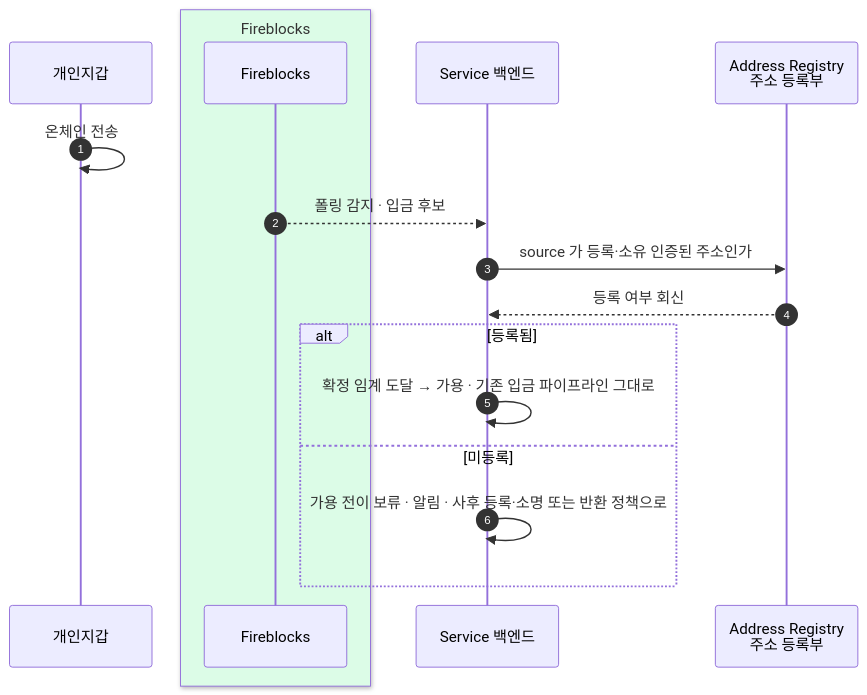
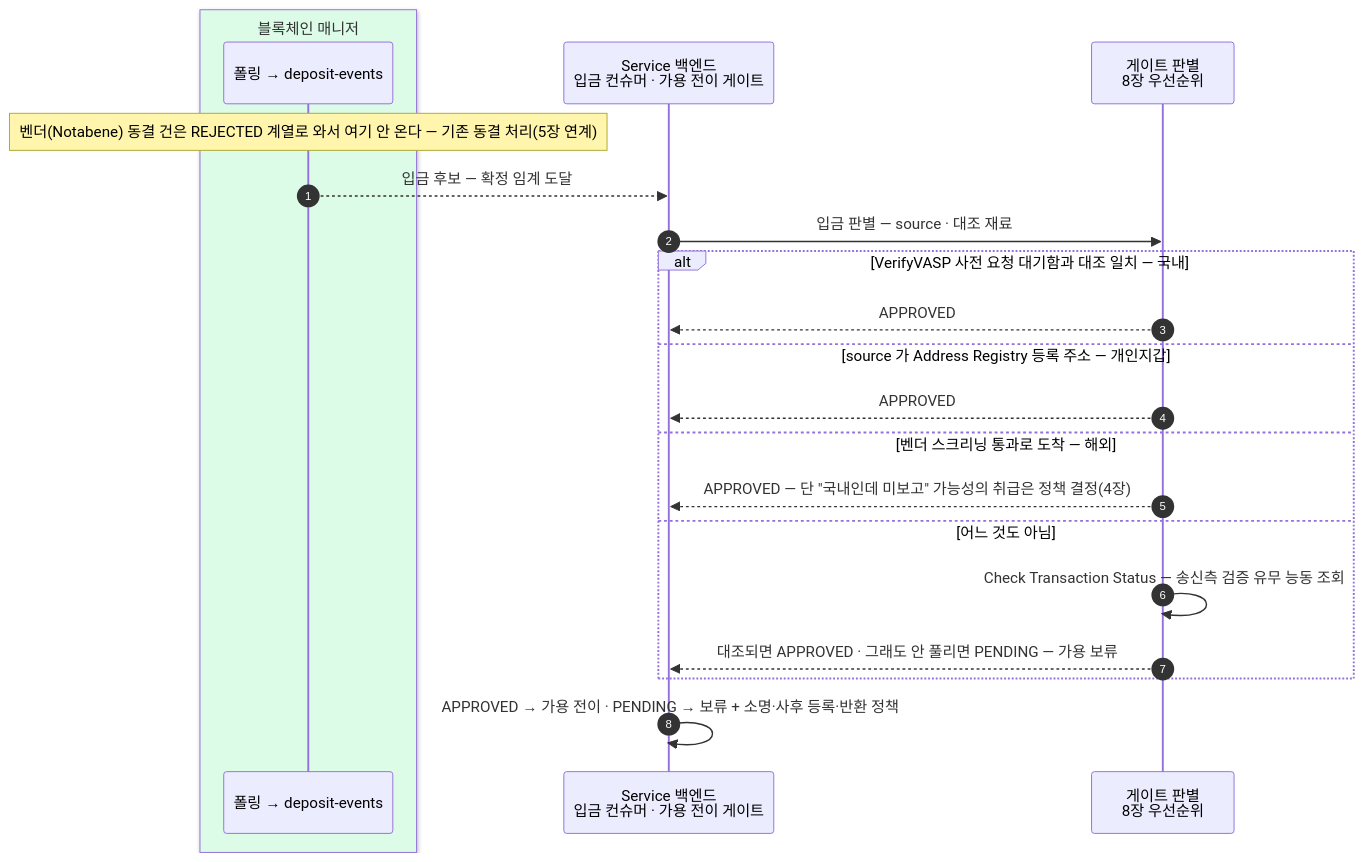
Before and after one commit to eunsujeo/eunpus: the fourth of 4 diagrams in blockchain-manager/docs/트래블룰/설계/07-scenarios.md, drawn with Mermaid. The commit also changed other lines of this file and 33 other files, not shown here.

````diff
--- a/blockchain-manager/docs/트래블룰/설계/07-scenarios.md
+++ b/blockchain-manager/docs/트래블룰/설계/07-scenarios.md
@@ -161,20 +120,24 @@
 ```mermaid
 sequenceDiagram
     autonumber
-    participant PW as 개인지갑
-    box rgb(220,252,231) Fireblocks
-    participant FB as Fireblocks
+    box rgb(220,252,231) 블록체인 매니저
+    participant BM as 폴링 → deposit-events
     end
-    participant BE as Service 백엔드
-    participant WL as Address Registry<br/>주소 등록부
+    participant BE as Service 백엔드<br/>입금 컨슈머 · 가용 전이 게이트
+    participant GT as 게이트 판별<br/>8장 우선순위
 
-    PW->>PW: 온체인 전송
-    FB-->>BE: 폴링 감지 · 입금 후보
-    BE->>WL: source 가 등록·소유 인증된 주소인가
-    WL-->>BE: 등록 여부 회신
-    alt 등록됨
-        BE->>BE: 확정 임계 도달 → 가용 · 기존 입금 파이프라인 그대로
-    else 미등록
-        BE->>BE: 가용 전이 보류 · 알림 · 사후 등록·소명 또는 반환 정책으로
+    Note over BM: 벤더(Notabene) 동결 건은 REJECTED 계열로 와서 여기 안 온다 — 기존 동결 처리(5장 연계)
+    BM-->>BE: 입금 후보 — 확정 임계 도달
+    BE->>GT: 입금 판별 — source · 대조 재료
+    alt VerifyVASP 사전 요청 대기함과 대조 일치 — 국내
+        GT-->>BE: APPROVED
+    else source 가 Address Registry 등록 주소 — 개인지갑
+        GT-->>BE: APPROVED
+    else 벤더 스크리닝 통과로 도착 — 해외
+        GT-->>BE: APPROVED — 단 "국내인데 미보고" 가능성의 취급은 정책 결정(4장)
+    else 어느 것도 아님
+        GT->>GT: Check Transaction Status — 송신측 검증 유무 능동 조회
+        GT-->>BE: 대조되면 APPROVED · 그래도 안 풀리면 PENDING — 가용 보류
     end
+    BE->>BE: APPROVED → 가용 전이 · PENDING → 보류 + 소명·사후 등록·반환 정책
 ```
````
